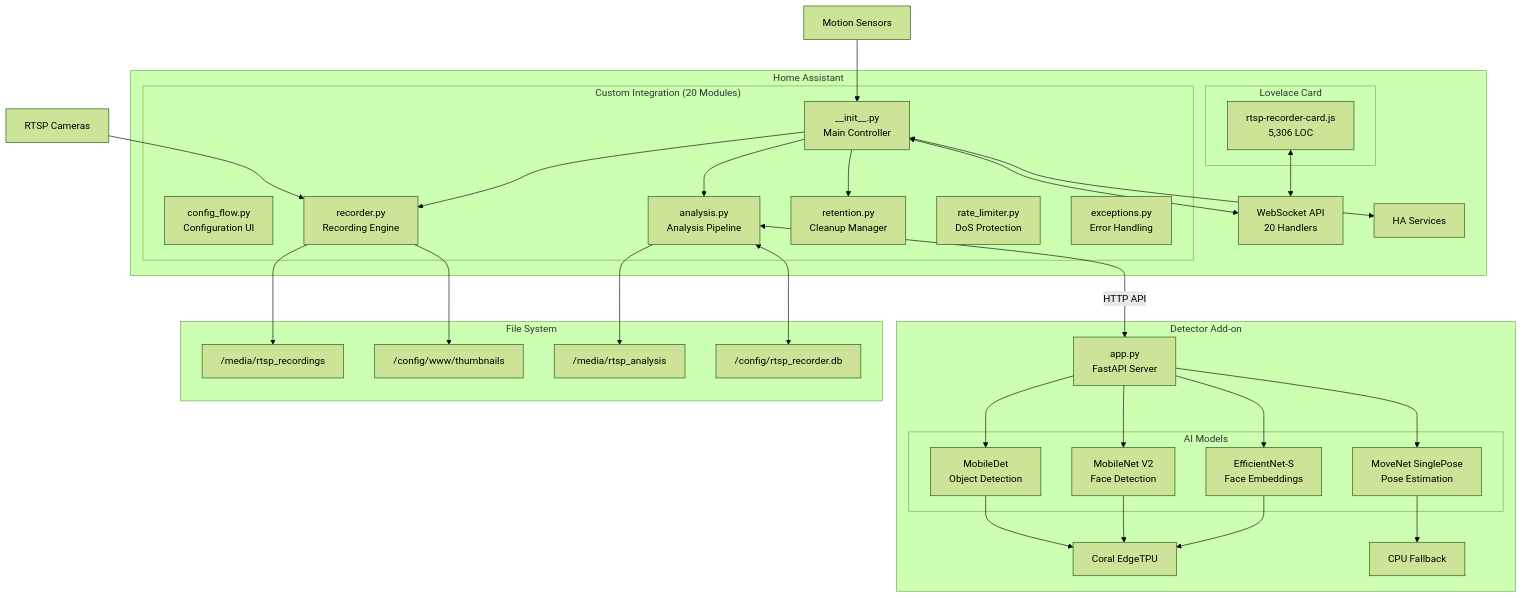
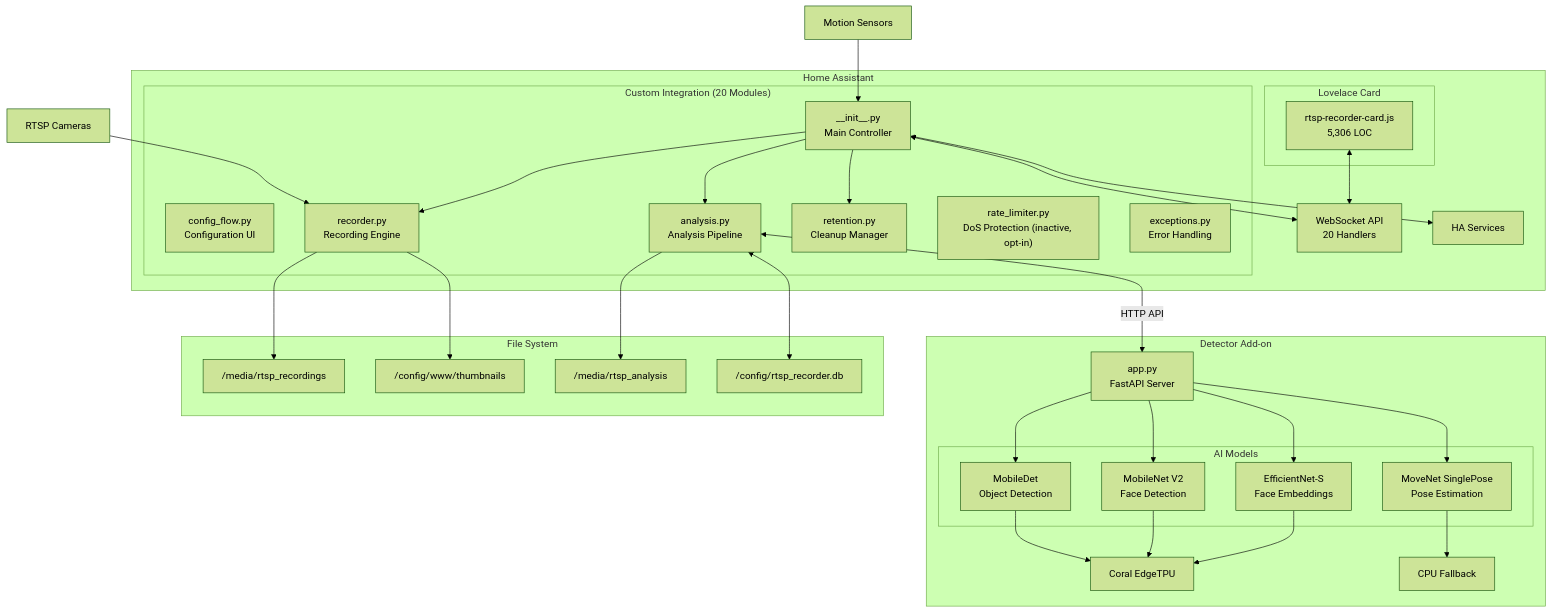
Before and after one commit to brainAThome/Opening_RTSP-Recorder: the first of 8 diagrams in README.md, drawn with Mermaid (forest theme). The commit also changed other lines of this file and 5 other files, not shown here.

````diff
--- a/README.md
+++ b/README.md
@@ -230,67 +230,67 @@
 ```mermaid
 flowchart TB
     subgraph HA["Home Assistant"]
         subgraph Integration["Custom Integration (20 Modules)"]
             INIT["__init__.py<br/>Main Controller"]
             CONFIG["config_flow.py<br/>Configuration UI"]
             RECORDER["recorder.py<br/>Recording Engine"]
             ANALYSIS["analysis.py<br/>Analysis Pipeline"]
             RETENTION["retention.py<br/>Cleanup Manager"]
-            RATELIMIT["rate_limiter.py<br/>DoS Protection"]
+            RATELIMIT["rate_limiter.py<br/>DoS Protection (inactive, opt-in)"]
             EXCEPTIONS["exceptions.py<br/>Error Handling"]
         end
         
         subgraph Dashboard["Lovelace Card"]
             CARD["rtsp-recorder-card.js<br/>5,306 LOC"]
         end
         
         WS["WebSocket API<br/>20 Handlers"]
         SERVICES["HA Services"]
     end
     
     subgraph Addon["Detector Add-on"]
         APP["app.py<br/>FastAPI Server"]
         subgraph Models["AI Models"]
             DETECT["MobileDet<br/>Object Detection"]
             FACE["MobileNet V2<br/>Face Detection"]
             EMBED["EfficientNet-S<br/>Face Embeddings"]
             POSE["MoveNet SinglePose<br/>Pose Estimation"]
         end
         CORAL["Coral EdgeTPU"]
         CPU["CPU Fallback"]
     end
     
     subgraph Storage["File System"]
         RECORDINGS["/media/rtsp_recordings"]
         THUMBS["/config/www/thumbnails"]
         ANALYSISDIR["/media/rtsp_analysis"]
         SQLITE["/config/rtsp_recorder.db"]
     end
     
     CAM["RTSP Cameras"] --> RECORDER
     MOTION["Motion Sensors"] --> INIT
     
     INIT --> RECORDER
     INIT --> ANALYSIS
     INIT --> RETENTION
     INIT <--> WS
     INIT <--> SERVICES
     
     CARD <--> WS
     
     ANALYSIS <-->|HTTP API| APP
     APP --> DETECT
     APP --> FACE
     APP --> EMBED
     APP --> POSE
     
     DETECT --> CORAL
     FACE --> CORAL
     EMBED --> CORAL
     POSE --> CPU
     
     RECORDER --> RECORDINGS
     RECORDER --> THUMBS
     ANALYSIS --> ANALYSISDIR
     ANALYSIS <--> SQLITE
 ```
````
